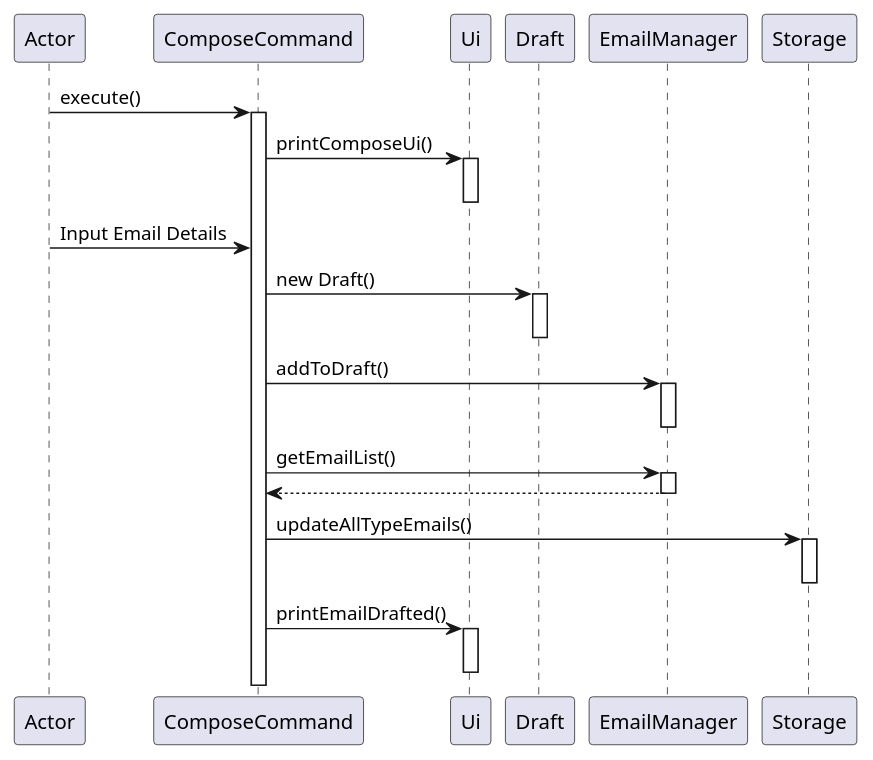
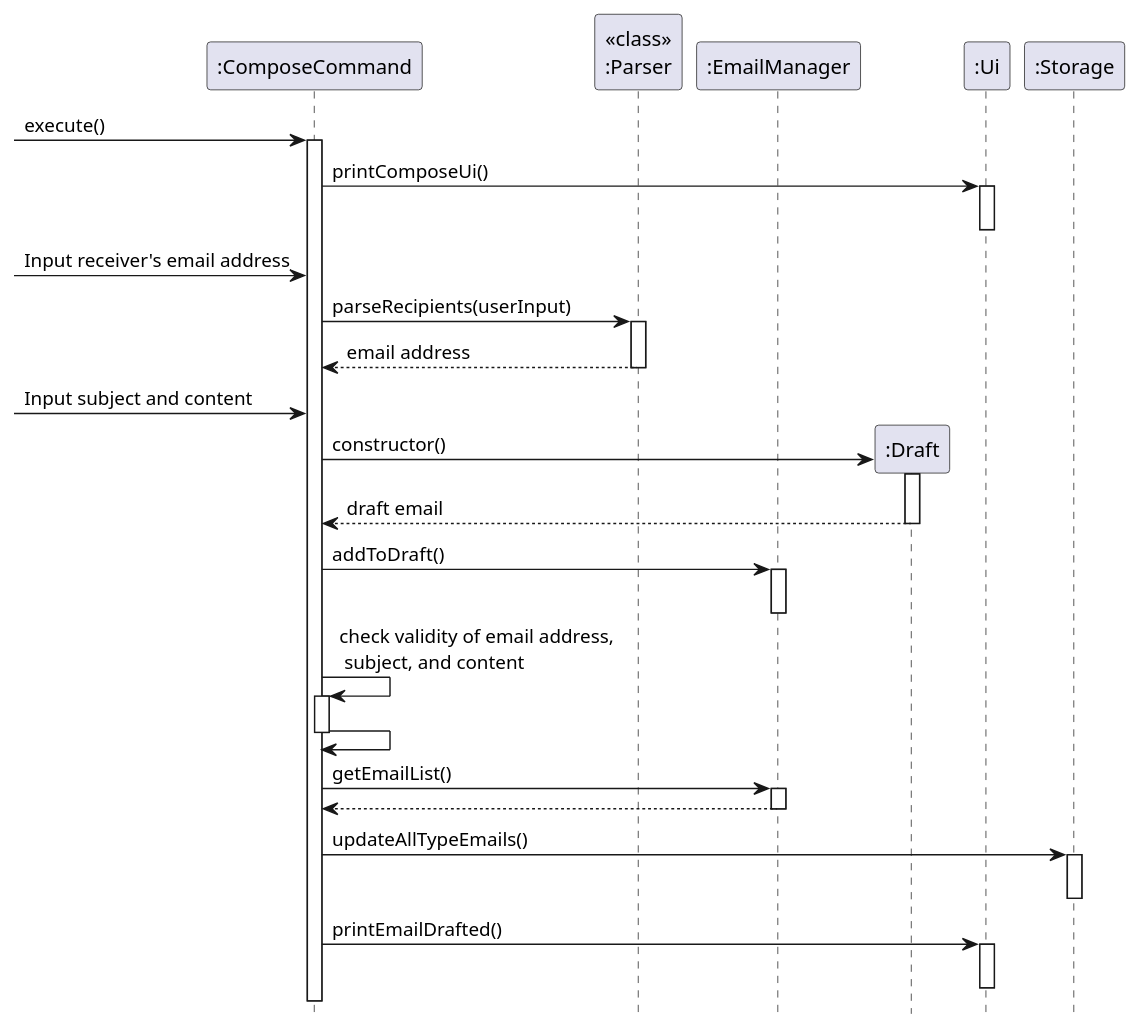
One commit to yanli1215/tp changed the diagram in docs/Sequence Diagrams/ComposeCommand.puml. Above: the diagram before and after it, drawn with PlantUML. The commit also changed 3 other files, not shown here.

Commit message:
modified sequence diagram for compose command

```diff
--- a/docs/Sequence Diagrams/ComposeCommand.puml
+++ b/docs/Sequence Diagrams/ComposeCommand.puml
@@ -1,37 +1,54 @@
 @startuml
 'https://plantuml.com/sequence-diagram
 
-Actor -> ComposeCommand : execute()
+participant ":ComposeCommand" as ComposeCommand
+participant "<<class>>\n:Parser" as Parser
+participant ":EmailManager" as EmailManager
+participant ":Draft" as Draft
+participant ":Ui" as Ui
+participant ":Storage" as Storage
+hide footbox
+
+ -> ComposeCommand : execute()
 activate ComposeCommand
 
 ComposeCommand -> Ui : printComposeUi()
 activate Ui
 deactivate Ui
 
-Actor -> ComposeCommand : Input Email Details
+-> ComposeCommand : Input receiver's email address
+ComposeCommand -> Parser : parseRecipients(userInput)
+activate Parser
+return email address
+deactivate Parser
 
-ComposeCommand -> Draft : new Draft()
+-> ComposeCommand : Input subject and content
+create Draft
+ComposeCommand -> Draft : constructor()
 activate Draft
+return draft email
 deactivate Draft
 
 ComposeCommand -> EmailManager : addToDraft()
 activate EmailManager
 deactivate EmailManager
+
+ComposeCommand -> ComposeCommand : check validity of email address,\n subject, and content
+activate ComposeCommand
+ComposeCommand -> ComposeCommand
+deactivate ComposeCommand
 
 ComposeCommand -> EmailManager : getEmailList()
 activate EmailManager
 EmailManager ---> ComposeCommand
 deactivate EmailManager
 
 ComposeCommand -> Storage : updateAllTypeEmails()
 activate Storage
 deactivate Storage
 
 ComposeCommand -> Ui : printEmailDrafted()
 activate Ui
 deactivate Ui
 
-
-
-deactivate EmailManager
 @enduml
```
